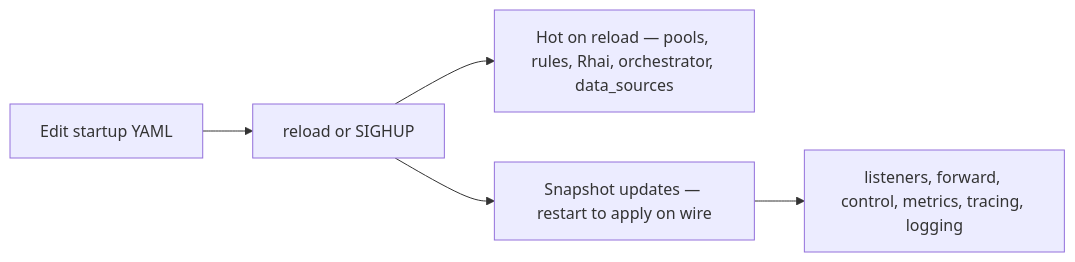
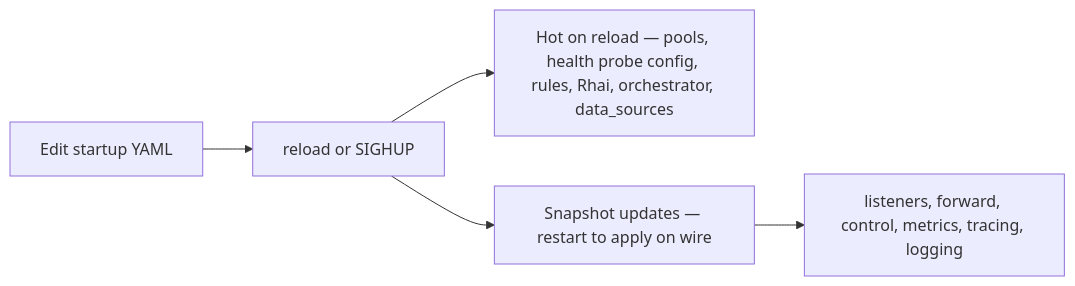
Before and after one commit to egon1024/DNSConduit: the second of 2 diagrams in operator-docs/docs/guides/control-plane-workflows.md, drawn with Mermaid. The commit also changed other lines of this file and 49 other files, not shown here.

````diff
--- a/operator-docs/docs/guides/control-plane-workflows.md
+++ b/operator-docs/docs/guides/control-plane-workflows.md
@@ -40,9 +42,9 @@
 ```mermaid
 flowchart LR
   Edit[Edit startup YAML] --> Reload[reload or SIGHUP]
 
-  Reload --> Hot[Hot on reload — pools, rules, Rhai, orchestrator, data_sources]
+  Reload --> Hot[Hot on reload — pools, health probe config, rules, Rhai, orchestrator, data_sources]
   Reload --> Pending[Snapshot updates — restart to apply on wire]
 
   Pending --> Restart[listeners, forward, control, metrics, tracing, logging]
 ```
````
